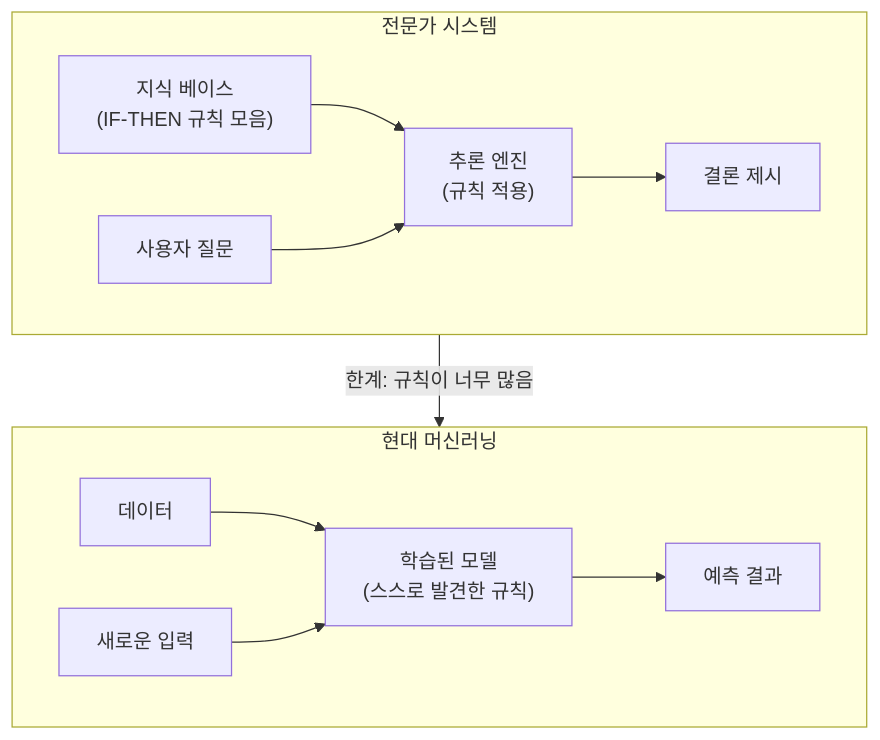
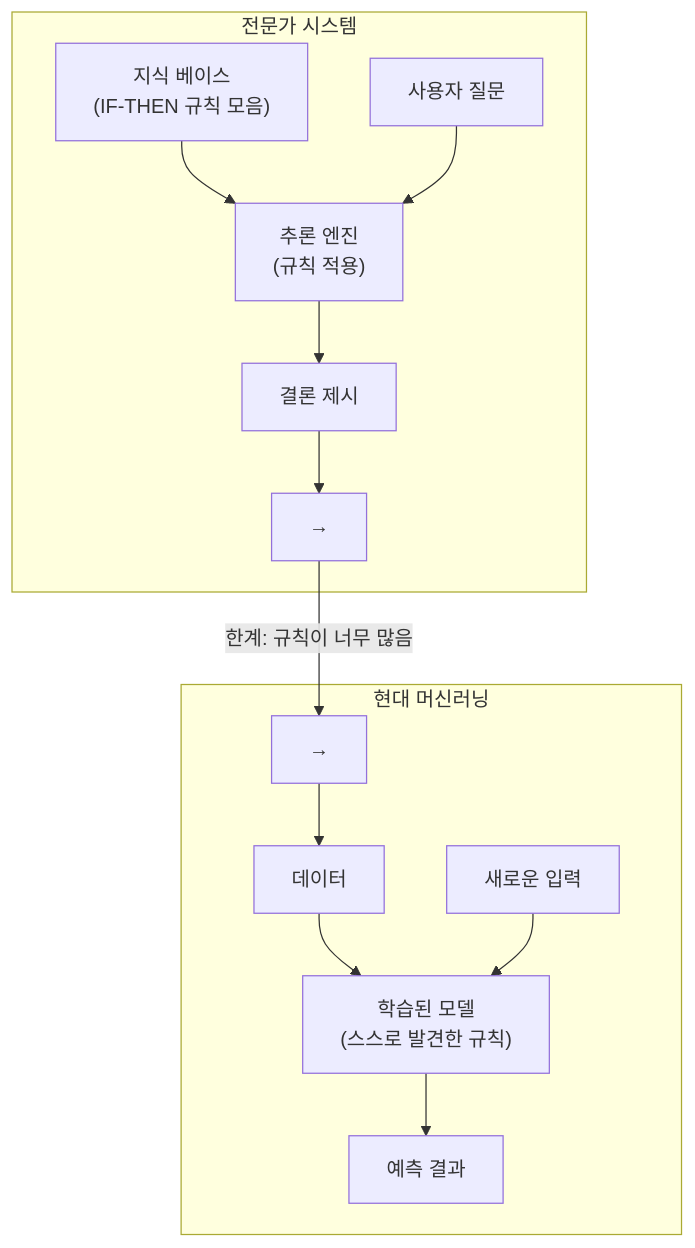
Before and after one commit to jingu279/Document: the sixth of 10 diagrams in ai-programming/01_서론/01_AI란.md, drawn with Mermaid. The commit also changed other lines of this file and 9 other files, not shown here.

Commit message:
Fix all broken Mermaid diagrams across AI book (cross-subgraph connections, reserved keywords, duplicate nodes)

````diff
--- a/ai-programming/01_서론/01_AI란.md
+++ b/ai-programming/01_서론/01_AI란.md
@@ -151,16 +149,18 @@
 ```mermaid
 flowchart TB
   subgraph Expert[전문가 시스템]
     KB["지식 베이스<br/>(IF-THEN 규칙 모음)"] --> Engine["추론 엔진<br/>(규칙 적용)"]
     User["사용자 질문"] --> Engine
     Engine --> Answer["결론 제시"]
+    Answer --> ExitExp["→"]
   end
 
   subgraph ML[현대 머신러닝]
-    Data["데이터"] --> Model["학습된 모델<br/>(스스로 발견한 규칙)"]
+    EntryML["→"] --> Data["데이터"]
+    Data --> Model["학습된 모델<br/>(스스로 발견한 규칙)"]
     Query["새로운 입력"] --> Model
     Model --> Pred["예측 결과"]
   end
 
-  Expert -->|"한계: 규칙이 너무 많음"| ML
+  ExitExp -->|"한계: 규칙이 너무 많음"| EntryML
 ```
````
